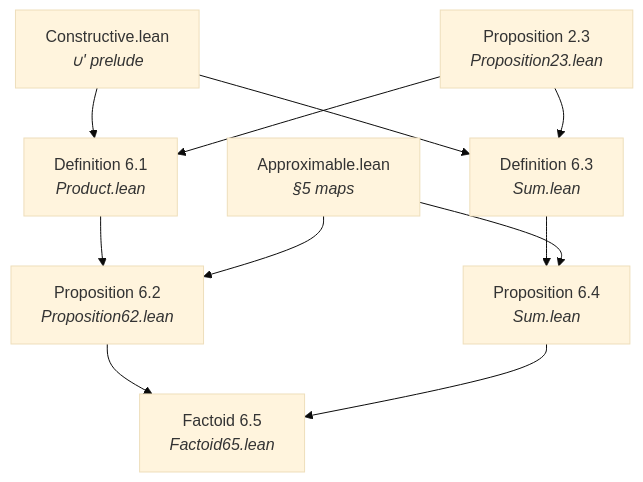
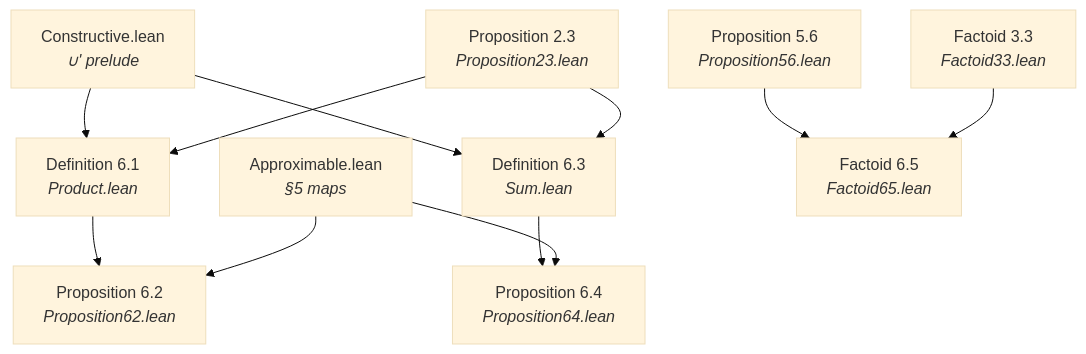
One commit to catskillsresearch/scott1982 changed the eighth of 10 diagrams in arxiv.md. Above: the diagram before and after it, drawn with Mermaid (base theme). The commit also changed other lines of this file and 5 other files, not shown here.

Commit message:
Prove Proposition 6.4 and Factoid 6.5; update §6 inventory.

````diff
--- a/arxiv.md
+++ b/arxiv.md
@@ -448,21 +451,23 @@
 ```mermaid
 flowchart TD
   C["Constructive.lean<br/><i>∪' prelude</i>"]
   P23["Proposition 2.3<br/><i>Proposition23.lean</i>"]
   Ap["Approximable.lean<br/><i>§5 maps</i>"]
+  P56["Proposition 5.6<br/><i>Proposition56.lean</i>"]
+  F33["Factoid 3.3<br/><i>Factoid33.lean</i>"]
   D61["Definition 6.1<br/><i>Product.lean</i>"]
   P62["Proposition 6.2<br/><i>Proposition62.lean</i>"]
   D63["Definition 6.3<br/><i>Sum.lean</i>"]
-  P64["Proposition 6.4<br/><i>Sum.lean</i>"]
+  P64["Proposition 6.4<br/><i>Proposition64.lean</i>"]
   F65["Factoid 6.5<br/><i>Factoid65.lean</i>"]
   C --> D61
   P23 --> D61
   D61 --> P62
   Ap --> P62
   C --> D63
   P23 --> D63
   D63 --> P64
   Ap --> P64
-  P62 --> F65
-  P64 --> F65
+  P56 --> F65
+  F33 --> F65
 ```
````
